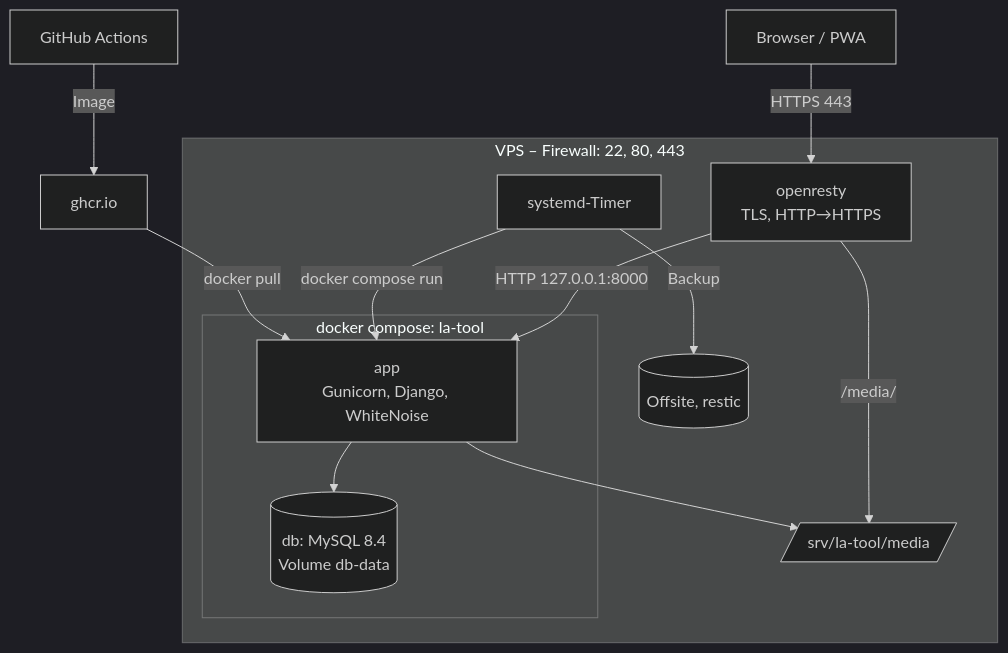
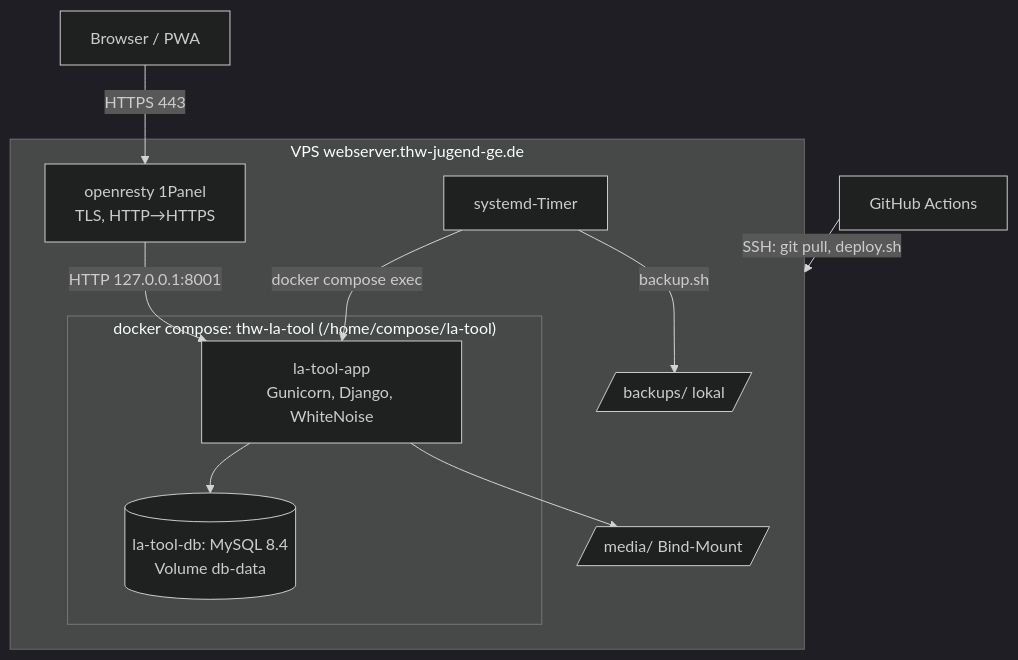
One commit to luca-alexander-thomas/LA-Tool changed the diagram in docs/deployment.md. Above: the diagram before and after it, drawn with Mermaid (dark theme). The commit also changed other lines of this file and 10 other files, not shown here.

````diff
--- a/docs/deployment.md
+++ b/docs/deployment.md
@@ -18,19 +17,17 @@
 ```mermaid
 flowchart TB
     U[Browser / PWA] -->|HTTPS 443| P
-    subgraph VPS["VPS – Firewall: 22, 80, 443"]
-        P[openresty<br>TLS, HTTP→HTTPS]
-        P -->|/media/| MED[/srv/la-tool/media/]
-        P -->|HTTP 127.0.0.1:8000| APP
-        subgraph Compose["docker compose: la-tool"]
-            APP[app<br>Gunicorn, Django, WhiteNoise]
-            DB[(db: MySQL 8.4<br>Volume db-data)]
+    subgraph VPS["VPS webserver.thw-jugend-ge.de"]
+        P[openresty 1Panel<br>TLS, HTTP→HTTPS]
+        P -->|HTTP 127.0.0.1:8001| APP
+        subgraph Compose["docker compose: thw-la-tool (/home/compose/la-tool)"]
+            APP[la-tool-app<br>Gunicorn, Django, WhiteNoise]
+            DB[(la-tool-db: MySQL 8.4<br>Volume db-data)]
         end
         APP --> DB
-        APP --> MED
-        TIM[systemd-Timer] -->|docker compose run| APP
-        TIM -->|Backup| OFF[(Offsite, restic)]
+        APP --> MED[/media/ Bind-Mount/]
+        TIM[systemd-Timer] -->|docker compose exec| APP
+        TIM -->|backup.sh| BK[/backups/ lokal/]
     end
-    CI[GitHub Actions] -->|Image| REG[ghcr.io]
-    REG -->|docker pull| APP
+    GH[GitHub Actions] -->|SSH: git pull, deploy.sh| VPS
 ```
````
